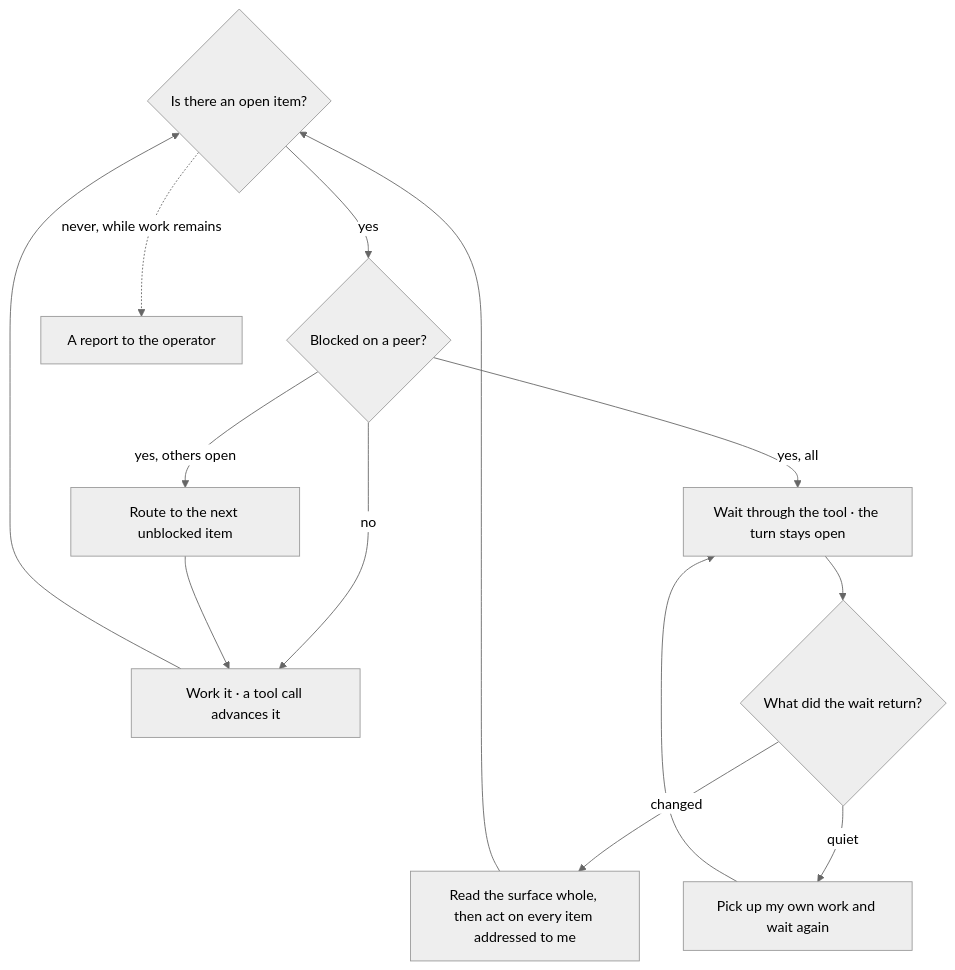
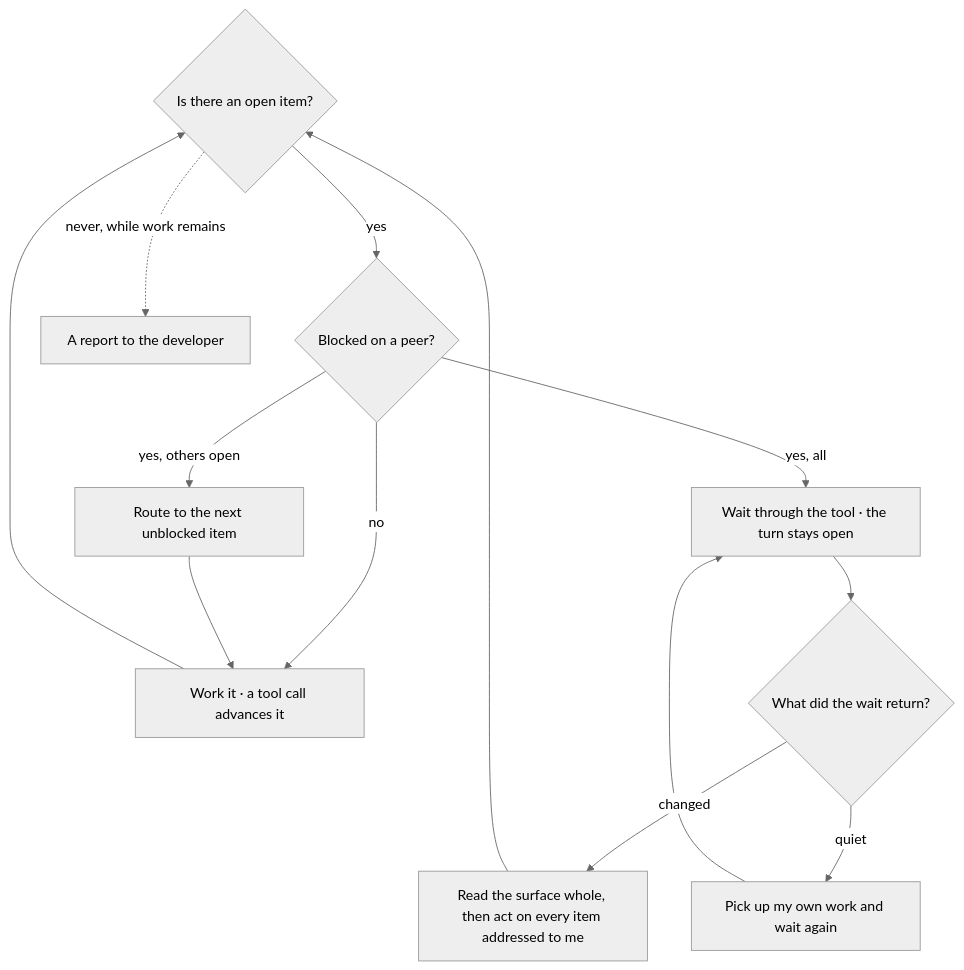
Diagram 13 of 16 in COLLABORATE.md (Varietyz/Disciplined-AI-Software-Development), drawn with Mermaid (neutral theme) before and after one commit. The commit also changed other lines of this file and 25 other files, not shown here.

````diff
--- a/COLLABORATE.md
+++ b/COLLABORATE.md
@@ -441,19 +421,19 @@
 ```mermaid
 flowchart TB
 item{"Is there an open item?"}
 work["Work it · a tool call advances it"]
 blocked{"Blocked on a peer?"}
 next["Route to the next unblocked item"]
 wait["Wait through the tool · the turn stays open"]
 changed{"What did the wait return?"}
 read["Read the surface whole, then act on every item addressed to me"]
 own["Pick up my own work and wait again"]
-report["A report to the operator"]
+report["A report to the developer"]
 item -- yes --> blocked
 blocked -- no --> work --> item
 blocked -- yes, others open --> next --> work
 blocked -- yes, all --> wait --> changed
 changed -- changed --> read --> item
 changed -- quiet --> own --> wait
 item -. never, while work remains .-> report
 ```
````
